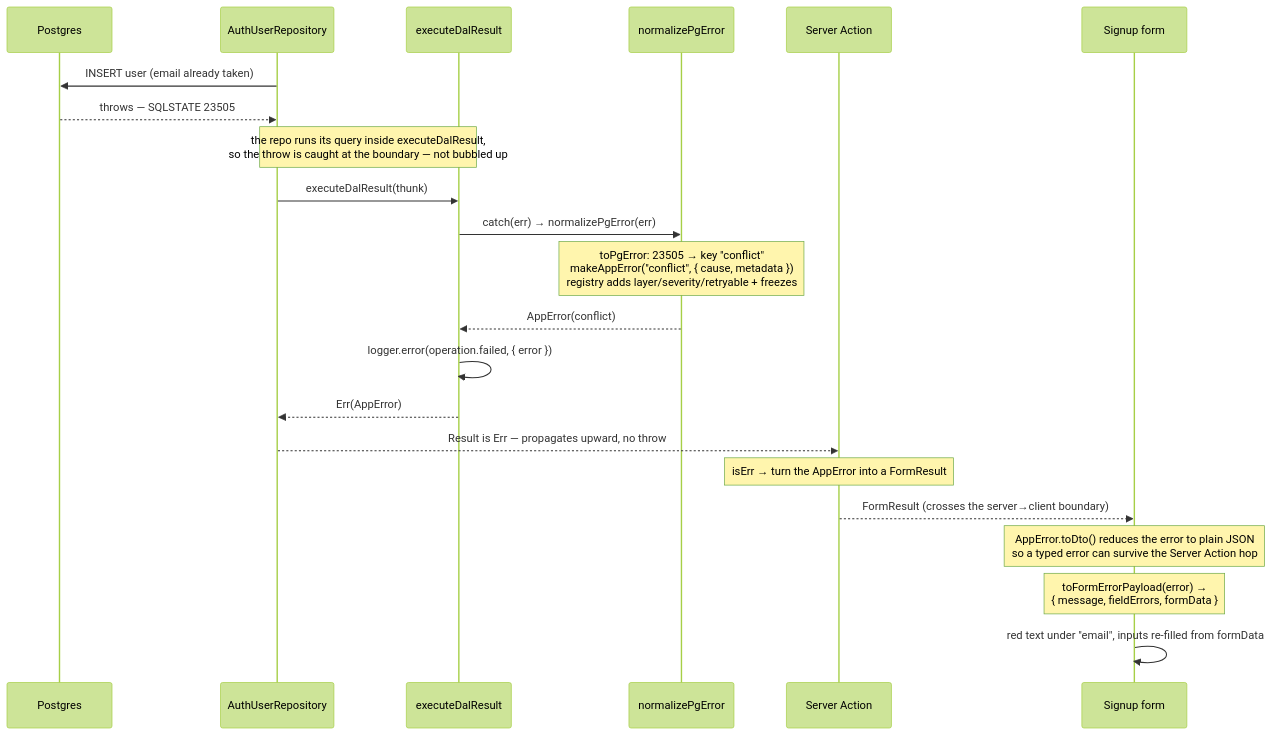
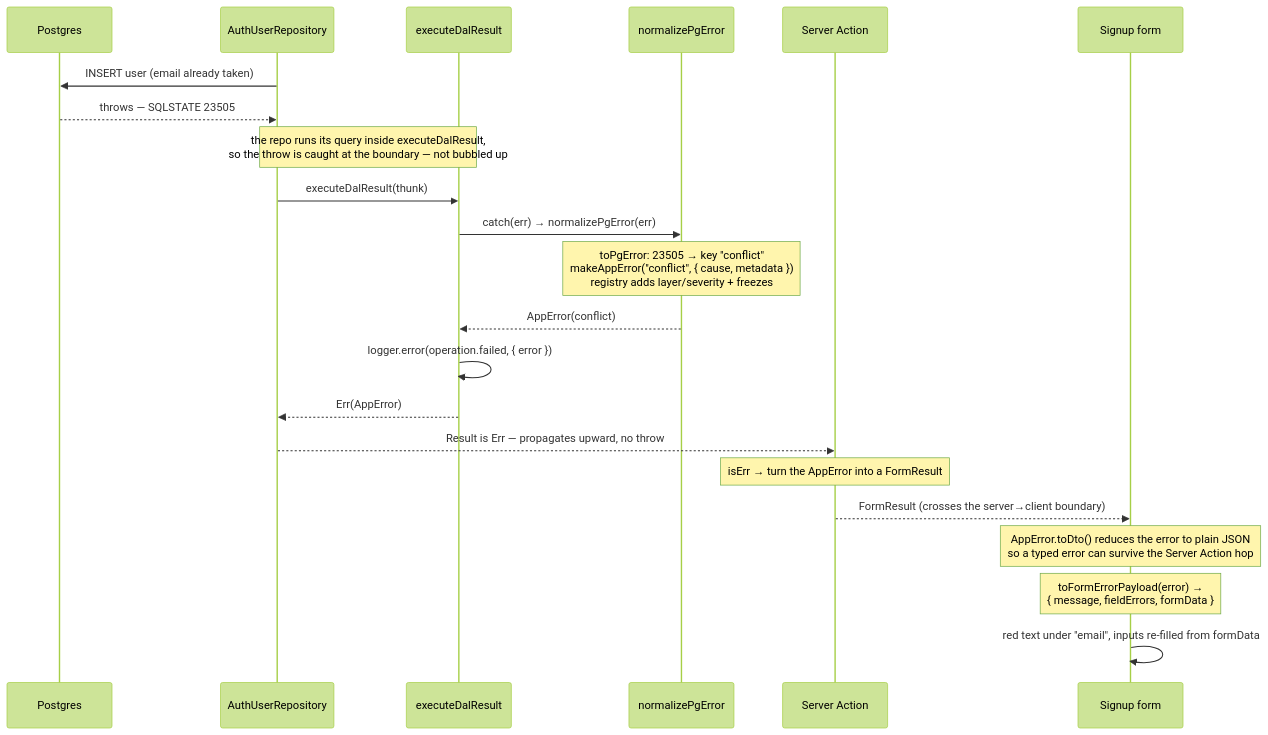
The second of 3 diagrams in docs/diagrams/error-handling-flow.md (andrewpetersondev/nextjs-dashboard), drawn with Mermaid (forest theme) before and after one commit. The commit also changed other lines of this file and 7 other files, not shown here.

````diff
--- a/docs/diagrams/error-handling-flow.md
+++ b/docs/diagrams/error-handling-flow.md
@@ -50,25 +50,25 @@
 ```mermaid
 sequenceDiagram
     participant DB as Postgres
     participant Repo as AuthUserRepository
     participant DAL as executeDalResult
     participant Norm as normalizePgError
     participant Action as Server Action
     participant UI as Signup form
 
     Repo->>DB: INSERT user (email already taken)
     DB-->>Repo: throws — SQLSTATE 23505
     Note over Repo,DAL: the repo runs its query inside executeDalResult,<br/>so the throw is caught at the boundary — not bubbled up
     Repo->>DAL: executeDalResult(thunk)
     DAL->>Norm: catch(err) → normalizePgError(err)
-    Note over Norm: toPgError: 23505 → key "conflict"<br/>makeAppError("conflict", { cause, metadata })<br/>registry adds layer/severity/retryable + freezes
+    Note over Norm: toPgError: 23505 → key "conflict"<br/>makeAppError("conflict", { cause, metadata })<br/>registry adds layer/severity + freezes
     Norm-->>DAL: AppError(conflict)
     DAL->>DAL: logger.error(operation.failed, { error })
     DAL-->>Repo: Err(AppError)
     Repo-->>Action: Result is Err — propagates upward, no throw
     Note over Action: isErr → turn the AppError into a FormResult
     Action-->>UI: FormResult (crosses the server→client boundary)
     Note over UI: AppError.toDto() reduces the error to plain JSON<br/>so a typed error can survive the Server Action hop
     Note over UI: toFormErrorPayload(error) →<br/>{ message, fieldErrors, formData }
     UI->>UI: red text under "email", inputs re-filled from formData
 ```
````
